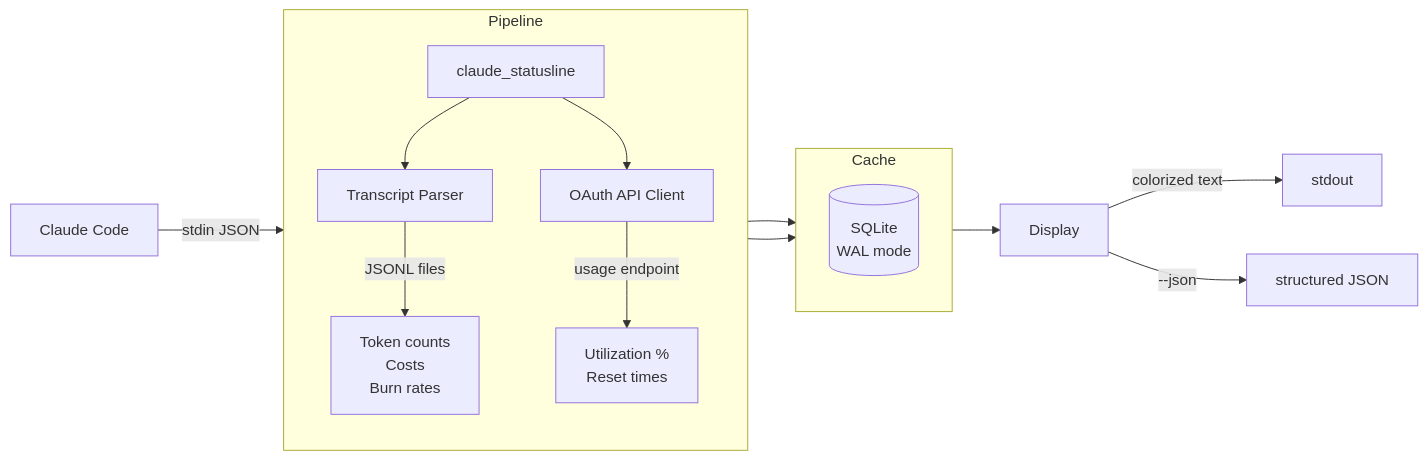
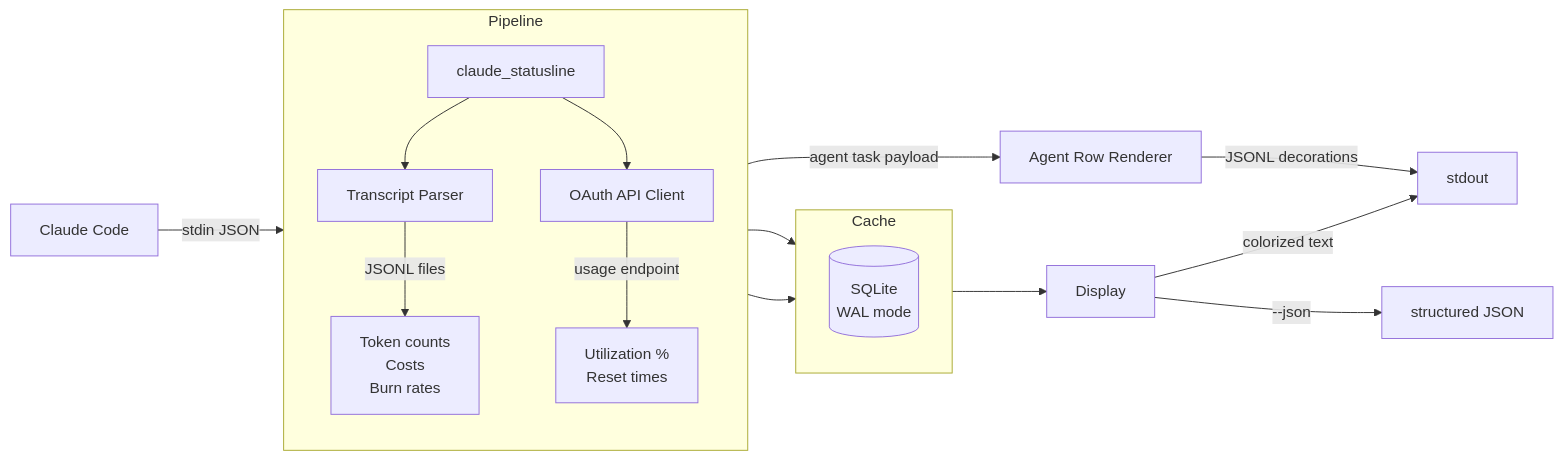
Before and after one commit to camjac251/rust-statusline: the diagram in README.md, drawn with Mermaid. The commit also changed other lines of this file and 4 other files, not shown here.

````diff
--- a/README.md
+++ b/README.md
@@ -110,22 +115,24 @@
 ```mermaid
 flowchart LR
     CC[Claude Code] -->|stdin JSON| SL[claude_statusline]
+    SL -->|agent task payload| SA[Agent Row Renderer]
 
     subgraph Pipeline
         direction TB
         SL --> TP[Transcript Parser]
         SL --> OA[OAuth API Client]
         TP -->|JSONL files| METRICS[Token counts\nCosts\nBurn rates]
         OA -->|usage endpoint| UTIL[Utilization %\nReset times]
     end
 
     subgraph Cache
         direction TB
         METRICS --> DB[(SQLite\nWAL mode)]
         UTIL --> DB
     end
 
     DB --> OUT[Display]
     OUT -->|colorized text| STDOUT[stdout]
     OUT -->|--json| JSON[structured JSON]
+    SA -->|JSONL decorations| STDOUT
 ```
````
